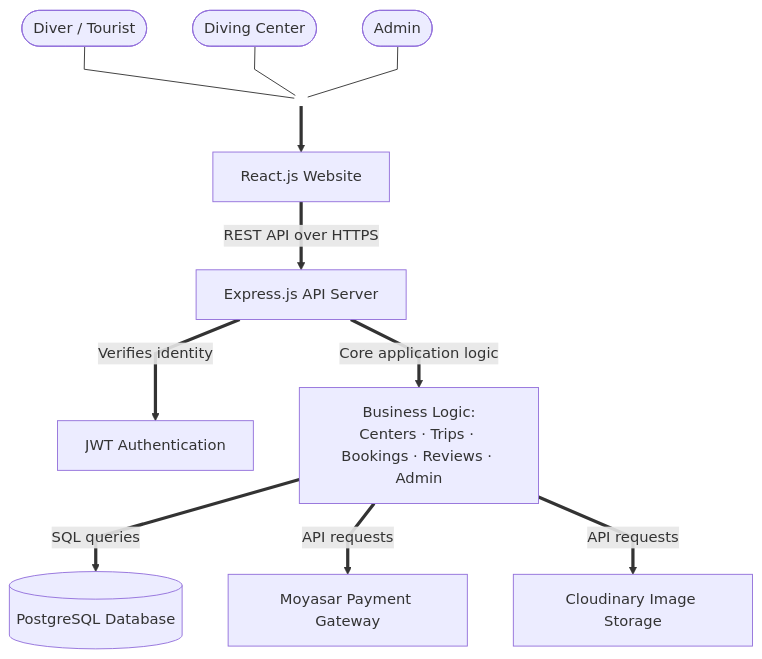
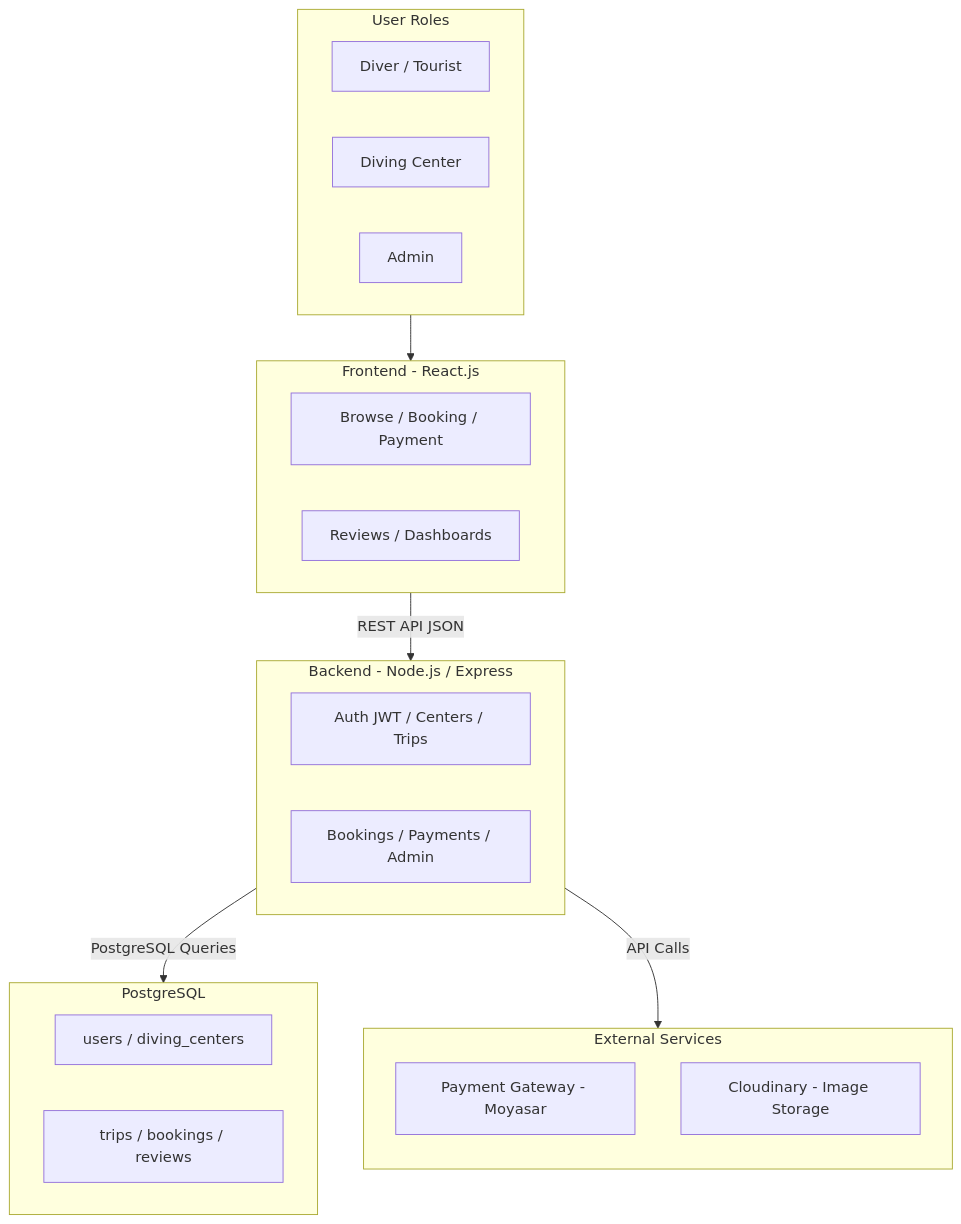
One commit to laradreamer79/Portfolio-Project changed the first of 6 diagrams in stage 3/README.md. Above: the diagram before and after it, drawn with Mermaid.

Commit message:
Restore original subgraph-based diagram structure without custom colors, matching Task 2 and Task 3 simplicity

````diff
--- a/stage 3/README.md
+++ b/stage 3/README.md
@@ -80,24 +80,40 @@
 ```mermaid
-%%{init: {"flowchart": {"curve": "linear"}} }%%
 flowchart TB
-    Diver([Diver / Tourist])
-    Center([Diving Center])
-    Admin([Admin])
+    subgraph Roles[" User Roles "]
+        direction LR
+        U1["Diver / Tourist"]
+        U2["Diving Center"]
+        U3["Admin"]
+    end
 
-    Diver --- Users(( ))
-    Center --- Users
-    Admin --- Users
+    Roles --> FE
 
-    Users ==> WebApp["React.js Website"]
+    subgraph FE[" Frontend - React.js "]
+        direction LR
+        F1["Browse / Booking / Payment"]
+        F2["Reviews / Dashboards"]
+    end
 
-    WebApp ==>|"REST API over HTTPS"| API["Express.js API Server"]
+    FE -- "REST API JSON" --> BE
 
-    API ==>|"Verifies identity"| Auth["JWT Authentication"]
-    API ==>|"Core application logic"| BL["Business Logic:<br/>Centers · Trips · Bookings · Reviews · Admin"]
+    subgraph BE[" Backend - Node.js / Express "]
+        direction LR
+        B1["Auth JWT / Centers / Trips"]
+        B2["Bookings / Payments / Admin"]
+    end
 
-    BL ==>|"SQL queries"| DB[("PostgreSQL Database")]
-    BL ==>|"API requests"| Payment["Moyasar Payment Gateway"]
-    BL ==>|"API requests"| Media["Cloudinary Image Storage"]
+    BE -- "PostgreSQL Queries" --> DB
+    BE -- "API Calls" --> EXT
 
-    style Users fill:none,stroke:none
+    subgraph DB[" PostgreSQL "]
+        direction LR
+        D1["users / diving_centers"]
+        D2["trips / bookings / reviews"]
+    end
+
+    subgraph EXT[" External Services "]
+        direction TB
+        E1["Payment Gateway - Moyasar"]
+        E2["Cloudinary - Image Storage"]
+    end
 ```
````
